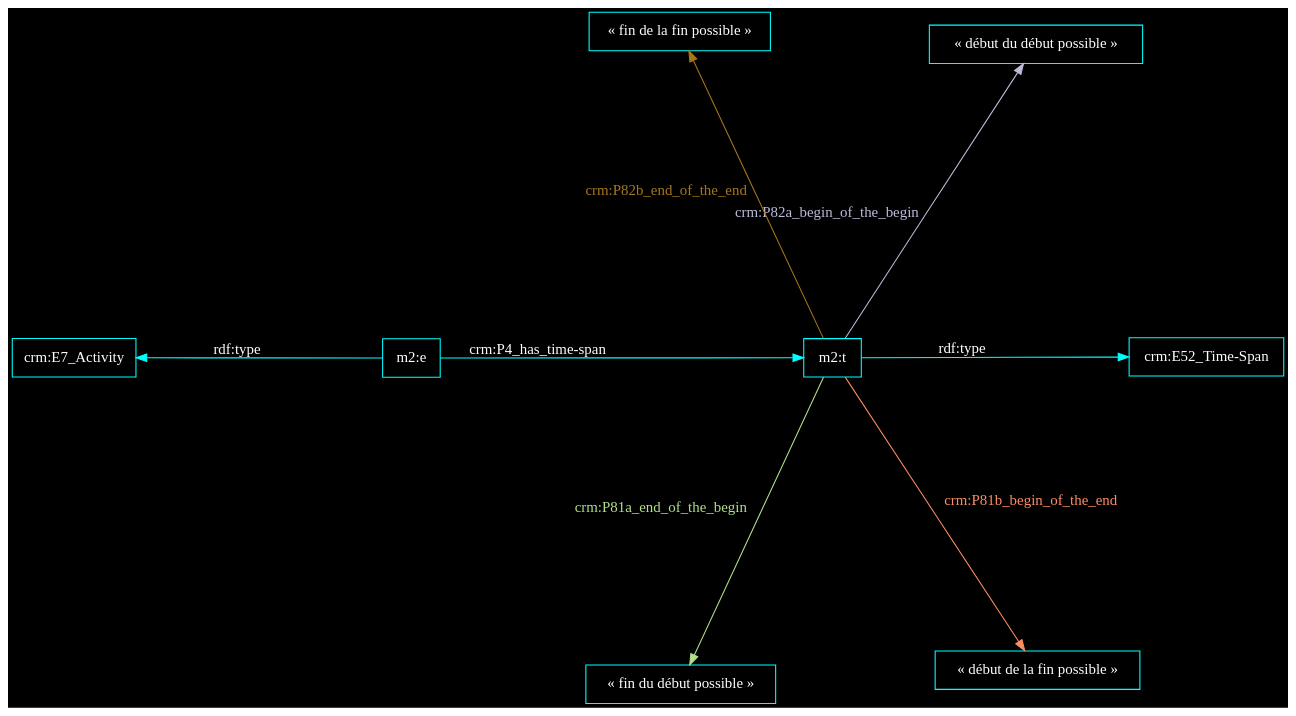
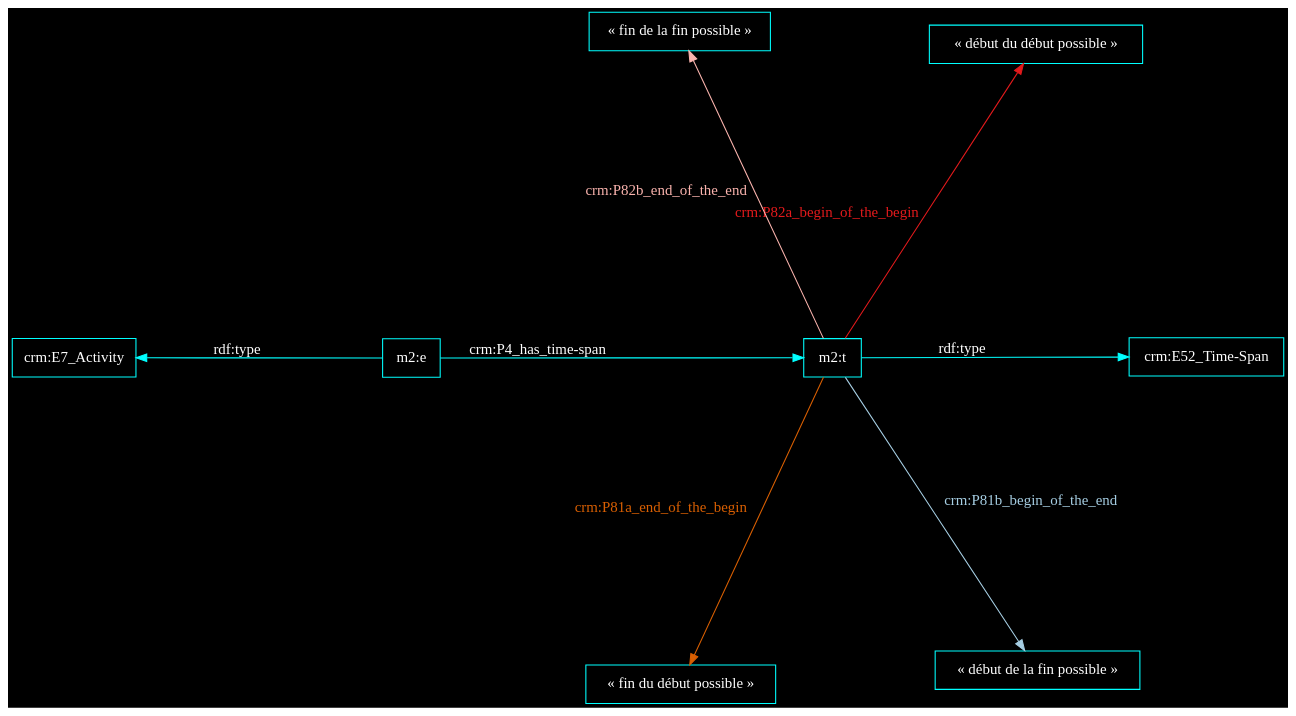
One commit to Amleth/communications changed the diagram in out/2023.07.04_cm2-gt2/dotfile_58d222c0-1d75-4048-9eba-436938714889.dot. Above: the diagram before and after it, drawn with Graphviz. The commit also changed 13 other files, not shown here.

```diff
--- a/out/2023.07.04_cm2-gt2/dotfile_58d222c0-1d75-4048-9eba-436938714889.dot
+++ b/out/2023.07.04_cm2-gt2/dotfile_58d222c0-1d75-4048-9eba-436938714889.dot
@@ -1,18 +1,18 @@
 digraph {
     graph [bgcolor=black]
     rankdir=LR
     node [color=white,fontcolor=white,fontname="FiraCode Nerd Font Mono Regular",shape=box]
     edge [color=white,fontcolor=white,fontname="FiraCode Nerd Font Mono Regular"]
     
 
     layout=sfdp
 node [color=cyan,fontcolor=white]
 edge [color=cyan,fontcolor=white]
 "m2:t" -> "crm:E52_Time-Span" [label="rdf:type"]
-"m2:t" -> "« début du début possible »" [label="crm:P82a_begin_of_the_begin",color="#bebada",fontcolor="#bebada"]
-"m2:t" -> "« fin du début possible »" [label="crm:P81a_end_of_the_begin",color="#b2df8a",fontcolor="#b2df8a"]
-"m2:t" -> "« début de la fin possible »" [label="crm:P81b_begin_of_the_end",color="#fc8d62",fontcolor="#fc8d62"]
-"m2:t" -> "« fin de la fin possible »" [label="crm:P82b_end_of_the_end",color="#a6761d",fontcolor="#a6761d"]
+"m2:t" -> "« début du début possible »" [label="crm:P82a_begin_of_the_begin",color="#e31a1c",fontcolor="#e31a1c"]
+"m2:t" -> "« fin du début possible »" [label="crm:P81a_end_of_the_begin",color="#d95f02",fontcolor="#d95f02"]
+"m2:t" -> "« début de la fin possible »" [label="crm:P81b_begin_of_the_end",color="#a6cee3",fontcolor="#a6cee3"]
+"m2:t" -> "« fin de la fin possible »" [label="crm:P82b_end_of_the_end",color="#fbb4ae",fontcolor="#fbb4ae"]
 "m2:e" -> "m2:t" [label="crm:P4_has_time-span"]
 "m2:e" -> "crm:E7_Activity" [label="rdf:type"]
 }
```
